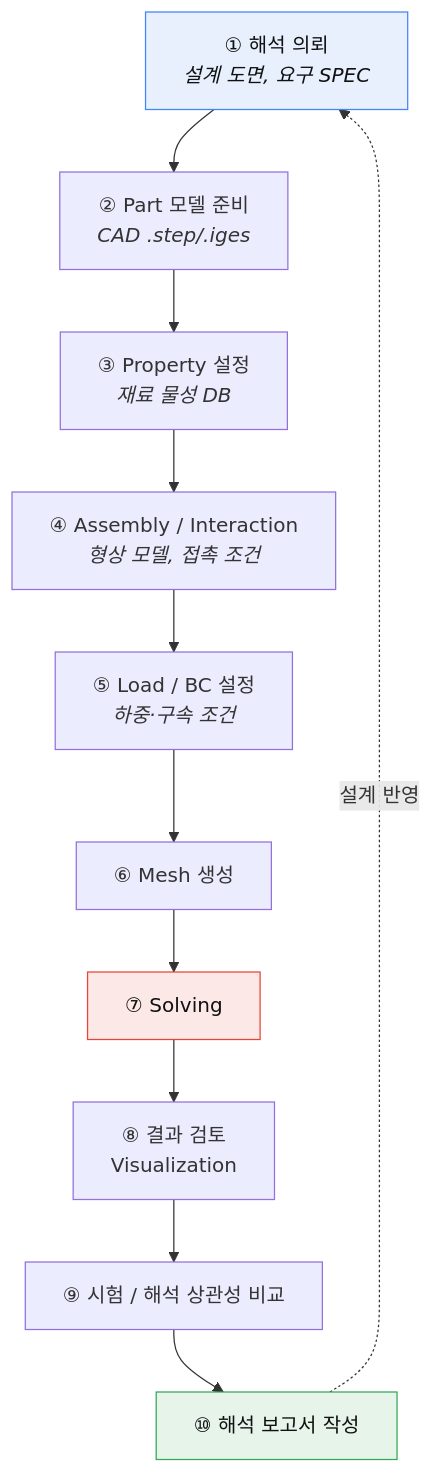
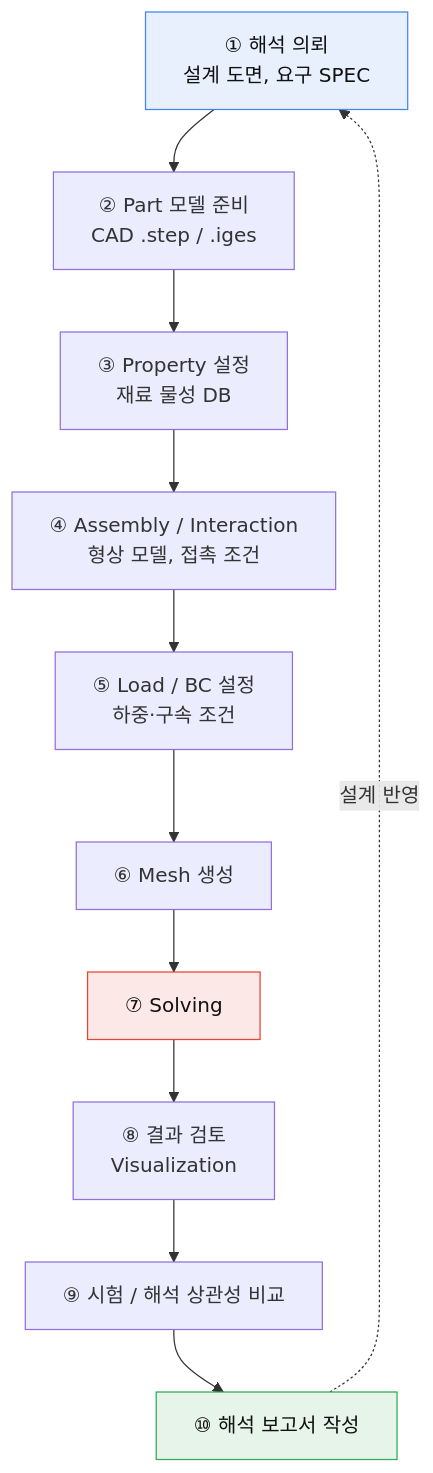
Before and after one commit to muneunhyeok/cae-structural-analysis-bootcamp: the diagram in projects/week1-analysis-process/README.md, drawn with Mermaid. The commit also changed 1 other file, not shown here.

Commit message:
fix: mermaid 다이어그램 링크 라벨 문법 정리

````diff
--- a/projects/week1-analysis-process/README.md
+++ b/projects/week1-analysis-process/README.md
@@ -18,17 +18,17 @@
 ```mermaid
 flowchart TD
-    A["① 해석 의뢰<br/><i>설계 도면, 요구 SPEC</i>"] --> B["② Part 모델 준비<br/><i>CAD .step/.iges</i>"]
-    B --> C["③ Property 설정<br/><i>재료 물성 DB</i>"]
-    C --> D["④ Assembly / Interaction<br/><i>형상 모델, 접촉 조건</i>"]
-    D --> E["⑤ Load / BC 설정<br/><i>하중·구속 조건</i>"]
+    A["① 해석 의뢰<br/>설계 도면, 요구 SPEC"] --> B["② Part 모델 준비<br/>CAD .step / .iges"]
+    B --> C["③ Property 설정<br/>재료 물성 DB"]
+    C --> D["④ Assembly / Interaction<br/>형상 모델, 접촉 조건"]
+    D --> E["⑤ Load / BC 설정<br/>하중·구속 조건"]
     E --> F["⑥ Mesh 생성"]
     F --> G["⑦ Solving"]
     G --> H["⑧ 결과 검토<br/>Visualization"]
     H --> I["⑨ 시험 / 해석 상관성 비교"]
     I --> J["⑩ 해석 보고서 작성"]
-    J -.설계 반영.-> A
+    J -.->|설계 반영| A
 
     style A fill:#e8f0fe,stroke:#4285f4,color:#111
     style G fill:#fce8e6,stroke:#ea4335,color:#111
     style J fill:#e6f4ea,stroke:#34a853,color:#111
 ```
````
